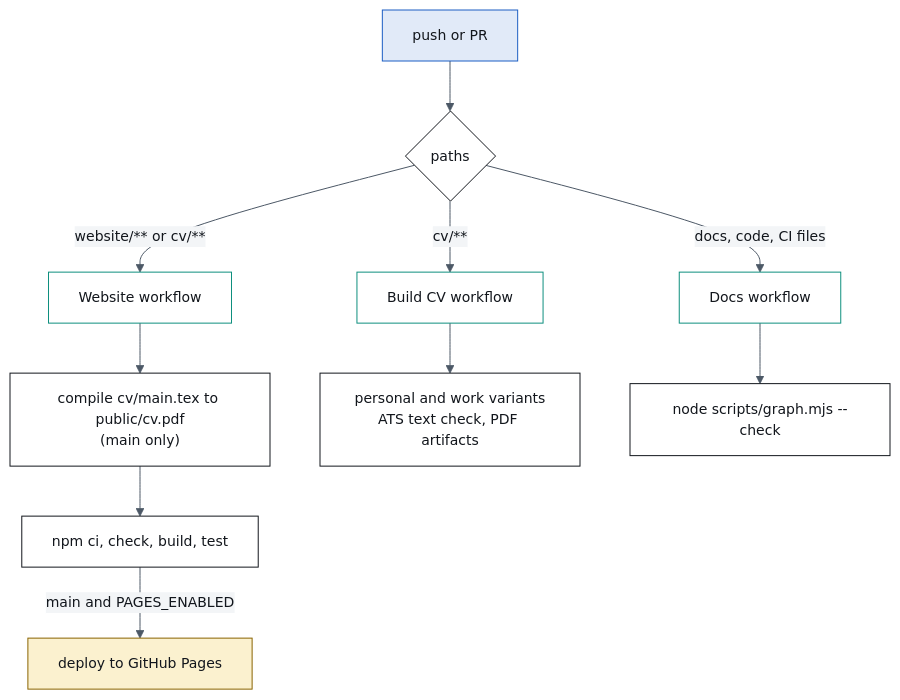
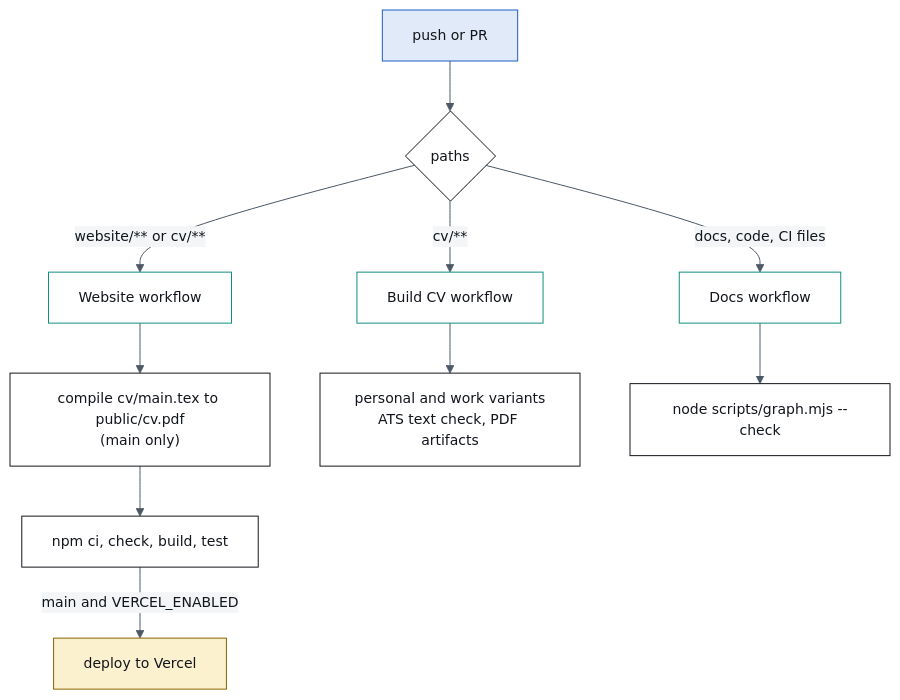
One commit to DvEz373/dvez373.github.io changed the diagram in docs/project/architecture.md. Above: the diagram before and after it, drawn with Mermaid. The commit also changed other lines of this file and 24 other files, not shown here.

First line of the commit message:
Rename DvEz373 to dvnezkl and deploy the site to Vercel (#17)

````diff
--- a/docs/project/architecture.md
+++ b/docs/project/architecture.md
@@ -40,16 +40,16 @@
 ```mermaid
 %%{init: {"theme": "base", "themeVariables": {"fontSize": "14px", "primaryColor": "#ffffff", "primaryTextColor": "#12161c", "primaryBorderColor": "#12161c", "lineColor": "#4c5866", "secondaryColor": "#f3f5f7", "tertiaryColor": "#f3f5f7", "clusterBkg": "#f3f5f7", "clusterBorder": "#aeb8c3", "edgeLabelBackground": "#f3f5f7"}}}%%
 flowchart TB
   classDef code fill:#e1eaf8,stroke:#1d5fc4,color:#12161c
   classDef check fill:#ffffff,stroke:#0e8f7e,color:#12161c
   classDef out fill:#fbf1cf,stroke:#8a6300,color:#12161c
   PUSH[push or PR]:::code --> W{paths}
   W -->|"website/** or cv/**"| WEB[Website workflow]:::check
   W -->|"cv/**"| CVW[Build CV workflow]:::check
   W -->|"docs, code, CI files"| DOCS[Docs workflow]:::check
   WEB --> C1["compile cv/main.tex to public/cv.pdf<br/>(main only)"]
   C1 --> C2["npm ci, check, build, test"]
-  C2 -->|"main and PAGES_ENABLED"| DEP[deploy to GitHub Pages]:::out
+  C2 -->|"main and VERCEL_ENABLED"| DEP[deploy to Vercel]:::out
   CVW --> V1["personal and work variants<br/>ATS text check, PDF artifacts"]
   DOCS --> G["node scripts/graph.mjs --check"]
 ```
````
